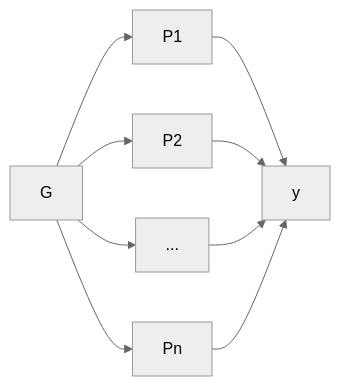
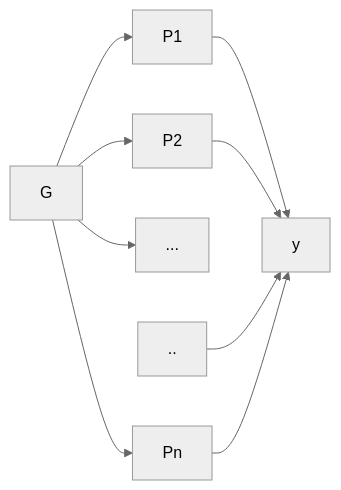
One commit to jinghuazhao/INF changed the second of 3 diagrams in docs/README.md. Above: the diagram before and after it, drawn with Mermaid (neutral theme). The commit also changed other lines of this file, not shown here.

````diff
--- a/docs/README.md
+++ b/docs/README.md
@@ -28,11 +33,11 @@
 ```mermaid
 graph LR;
-G --> P1
-G --> P2
-G --> ...
-G --> Pn
-P1 --> y
-P2 --> y
-... --> y
-Pn --> y
+  G --> P1
+  G --> P2
+  G --> ...
+  G --> Pn
+  P1 --> y
+  P2 --> y
+  .. --> y
+  Pn --> y
 ```
````
